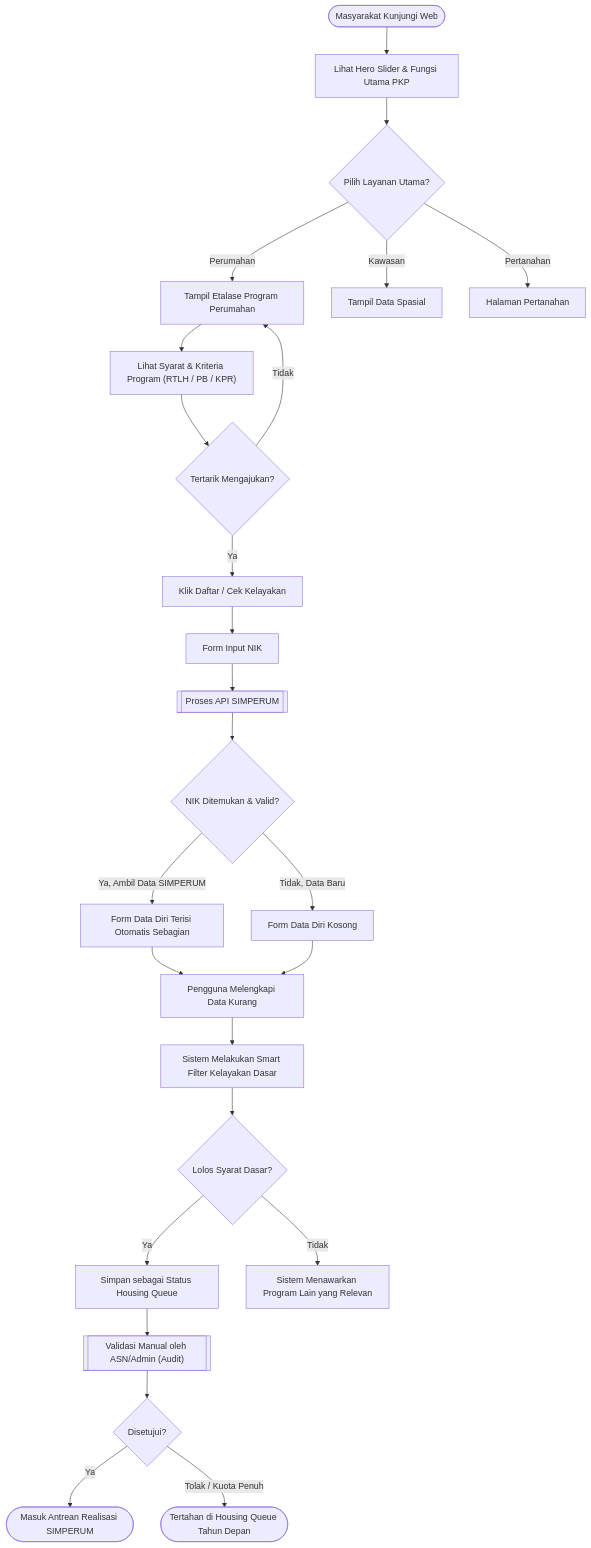
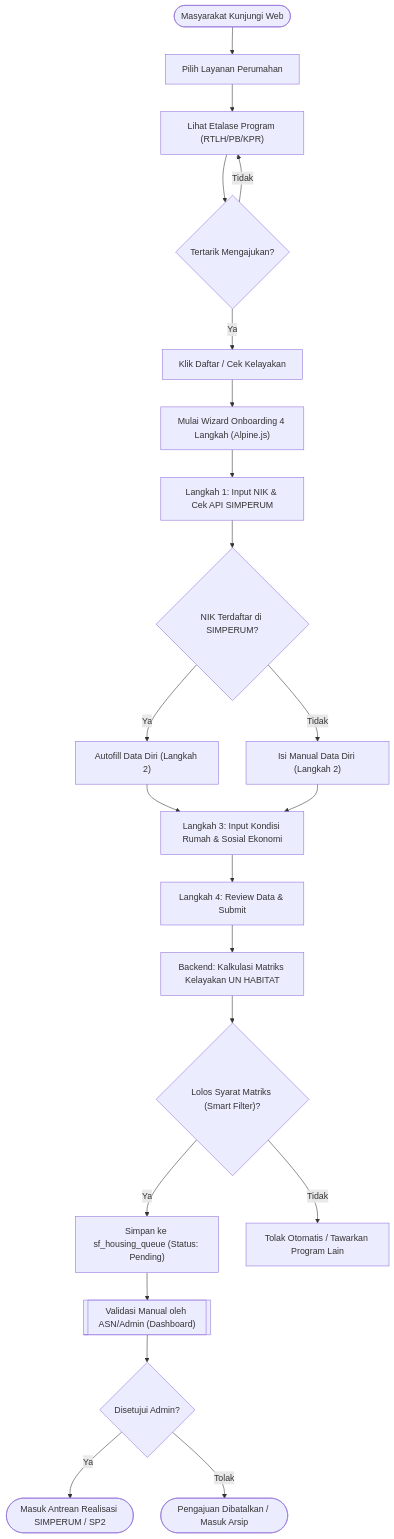
The first of 2 diagrams in docs/architecture/SYSTEM_DESIGN_DIAGRAMS.md (faisalekasyahputra/klinik_new), drawn with Mermaid before and after one commit. The commit also changed other lines of this file and 25 other files, not shown here.

Commit message:
feat: implement multi-step housing eligibility diagnosis wizard with NIK and SIMPERUM integration

````diff
--- a/docs/architecture/SYSTEM_DESIGN_DIAGRAMS.md
+++ b/docs/architecture/SYSTEM_DESIGN_DIAGRAMS.md
@@ -9,37 +9,32 @@
 ```mermaid
 graph TD
-    A(["Masyarakat Kunjungi Web"]) --> B["Lihat Hero Slider & Fungsi Utama PKP"]
-    B --> C{"Pilih Layanan Utama?"}
-
-    C -->|"Perumahan"| D["Tampil Etalase Program Perumahan"]
-    C -->|"Kawasan"| E["Tampil Data Spasial"]
-    C -->|"Pertanahan"| F["Halaman Pertanahan"]
-
-    D --> G["Lihat Syarat & Kriteria Program (RTLH / PB / KPR)"]
-    G --> H{"Tertarik Mengajukan?"}
-
-    H -->|"Ya"| I["Klik Daftar / Cek Kelayakan"]
-    H -->|"Tidak"| D
-
-    I --> J["Form Input NIK"]
-    J --> K[["Proses API SIMPERUM"]]
-
-    K --> L{"NIK Ditemukan & Valid?"}
-    L -->|"Ya, Ambil Data SIMPERUM"| M["Form Data Diri Terisi Otomatis Sebagian"]
-    L -->|"Tidak, Data Baru"| N["Form Data Diri Kosong"]
-
-    M --> O["Pengguna Melengkapi Data Kurang"]
-    N --> O
-
-    O --> P["Sistem Melakukan Smart Filter Kelayakan Dasar"]
-    P --> Q{"Lolos Syarat Dasar?"}
-
-    Q -->|"Ya"| R["Simpan sebagai Status Housing Queue"]
-    Q -->|"Tidak"| S["Sistem Menawarkan Program Lain yang Relevan"]
-
-    R --> T[["Validasi Manual oleh ASN/Admin (Audit)"]]
-    T --> U{"Disetujui?"}
-
-    U -->|"Ya"| V(["Masuk Antrean Realisasi SIMPERUM"])
-    U -->|"Tolak / Kuota Penuh"| W(["Tertahan di Housing Queue Tahun Depan"])
+    A(["Masyarakat Kunjungi Web"]) --> B["Pilih Layanan Perumahan"]
+    B --> C["Lihat Etalase Program (RTLH/PB/KPR)"]
+    C --> D{"Tertarik Mengajukan?"}
+    
+    D -->|"Ya"| E["Klik Daftar / Cek Kelayakan"]
+    D -->|"Tidak"| C
+    
+    E --> F["Mulai Wizard Onboarding 4 Langkah (Alpine.js)"]
+    F --> G["Langkah 1: Input NIK & Cek API SIMPERUM"]
+    
+    G --> H{"NIK Terdaftar di SIMPERUM?"}
+    H -->|"Ya"| I["Autofill Data Diri (Langkah 2)"]
+    H -->|"Tidak"| J["Isi Manual Data Diri (Langkah 2)"]
+    
+    I --> K["Langkah 3: Input Kondisi Rumah & Sosial Ekonomi"]
+    J --> K
+    
+    K --> L["Langkah 4: Review Data & Submit"]
+    L --> M["Backend: Kalkulasi Matriks Kelayakan UN HABITAT"]
+    
+    M --> N{"Lolos Syarat Matriks (Smart Filter)?"}
+    N -->|"Ya"| O["Simpan ke sf_housing_queue (Status: Pending)"]
+    N -->|"Tidak"| P["Tolak Otomatis / Tawarkan Program Lain"]
+    
+    O --> Q[["Validasi Manual oleh ASN/Admin (Dashboard)"]]
+    Q --> R{"Disetujui Admin?"}
+    
+    R -->|"Ya"| S(["Masuk Antrean Realisasi SIMPERUM / SP2"])
+    R -->|"Tolak"| T(["Pengajuan Dibatalkan / Masuk Arsip"])
 ```
````
